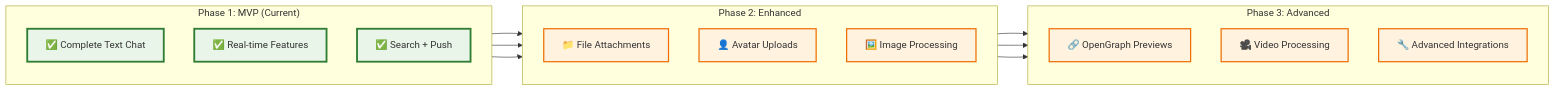
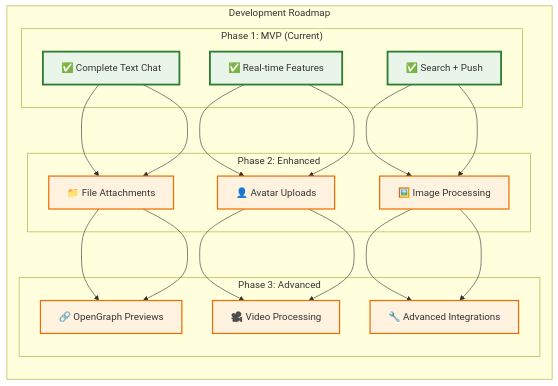
Diagram 12 of 12 in README.md (that-in-rust/campfire-on-rust), drawn with Mermaid before and after one commit. The commit also changed other lines of this file, not shown here.

````diff
--- a/README.md
+++ b/README.md
@@ -1007,36 +1014,45 @@
 ```mermaid
-graph LR
-    subgraph "Phase 1: MVP (Current)"
+graph TD
+    subgraph "Development Roadmap"
         direction TB
-        P1A[✅ Complete Text Chat]
-        P1B[✅ Real-time Features]
-        P1C[✅ Search + Push]
-    end
-    
-    subgraph "Phase 2: Enhanced"
-        direction TB
-        P2A[📁 File Attachments]
-        P2B[👤 Avatar Uploads]
-        P2C[🖼️ Image Processing]
-    end
-    
-    subgraph "Phase 3: Advanced"
-        direction TB
-        P3A[🔗 OpenGraph Previews]
-        P3B[🎥 Video Processing]
-        P3C[🔧 Advanced Integrations]
+        
+        subgraph "Phase 1: MVP (Current)"
+            P1A[✅ Complete Text Chat]
+            P1B[✅ Real-time Features]
+            P1C[✅ Search + Push]
+        end
+        
+        P1A --> P2A
+        P1B --> P2B
+        P1C --> P2C
+        
+        subgraph "Phase 2: Enhanced"
+            P2A[📁 File Attachments]
+            P2B[👤 Avatar Uploads]
+            P2C[🖼️ Image Processing]
+        end
+        
+        P2A --> P3A
+        P2B --> P3B
+        P2C --> P3C
+        
+        subgraph "Phase 3: Advanced"
+            P3A[🔗 OpenGraph Previews]
+            P3B[🎥 Video Processing]
+            P3C[🔧 Advanced Integrations]
+        end
     end
     
     P1A --> P2A
     P1B --> P2B
     P1C --> P2C
     P2A --> P3A
     P2B --> P3B
     P2C --> P3C
     
     classDef current fill:#e8f5e8,stroke:#2e7d32,stroke-width:3px
     classDef future fill:#fff3e0,stroke:#ef6c00,stroke-width:2px
     
     class P1A,P1B,P1C current
     class P2A,P2B,P2C,P3A,P3B,P3C future
 ```
````
